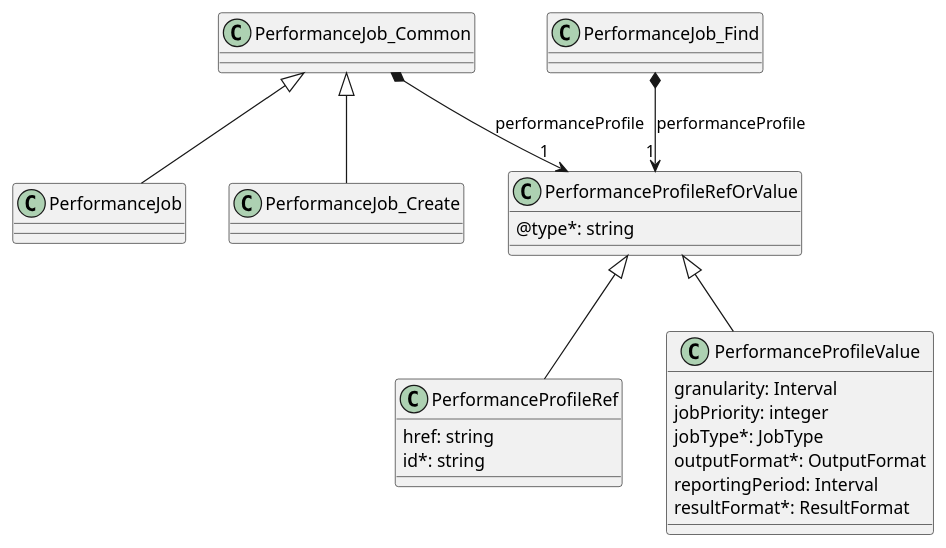
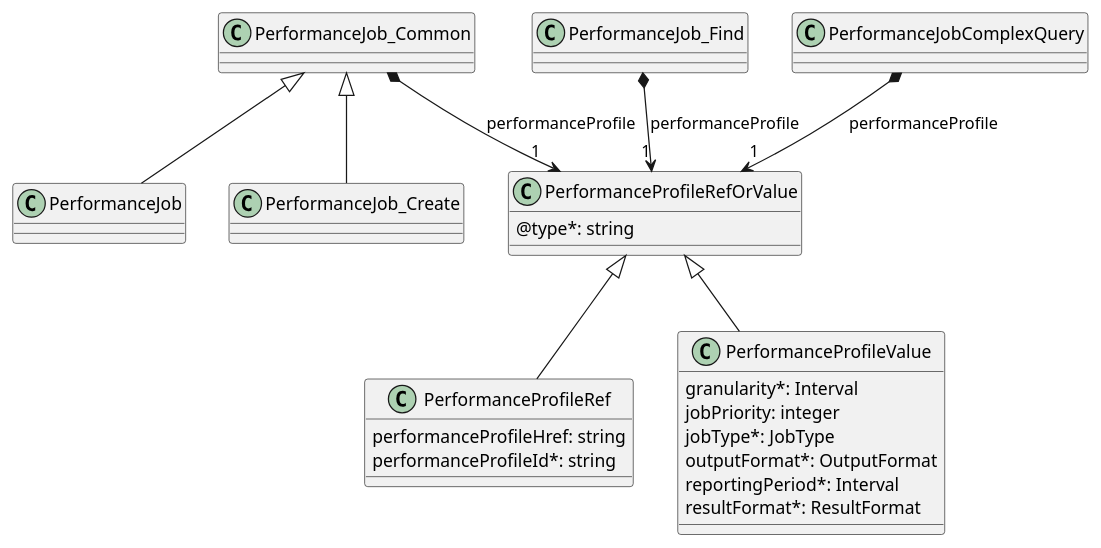
Before and after one commit to MEF-GIT/MEF-LSO-Interlude-SDK: the diagram in documentation/serviceApi/pm/performance/media/src/performanceProfileRefOrValue.puml, drawn with PlantUML. The commit also changed 122 other files, not shown here.

```diff
--- a/documentation/serviceApi/pm/performance/media/src/performanceProfileRefOrValue.puml
+++ b/documentation/serviceApi/pm/performance/media/src/performanceProfileRefOrValue.puml
@@ -1,48 +1,51 @@
 @startuml performanceProfileRefOrValue
 
 
 
 class PerformanceProfileRefOrValue {
 
     @type*: string
 }
 
 
 
 class PerformanceProfileRef {
 
-    href: string
-    id*: string
+    performanceProfileHref: string
+    performanceProfileId*: string
 }
 PerformanceProfileRefOrValue <|-- PerformanceProfileRef
 
 
 
 class PerformanceProfileValue {
 
-    granularity: Interval
+    granularity*: Interval
     jobPriority: integer
     jobType*: JobType
     outputFormat*: OutputFormat
-    reportingPeriod: Interval
+    reportingPeriod*: Interval
     resultFormat*: ResultFormat
 }
 
 PerformanceProfileRefOrValue <|-- PerformanceProfileValue
 
 class PerformanceJob {}
 
 class PerformanceJob_Common {}
 
 class PerformanceJob_Find {}
 
 class PerformanceJob_Create {}
 PerformanceJob_Common <|-- PerformanceJob_Create
 
 PerformanceJob_Common <|-- PerformanceJob
 
 PerformanceJob_Common *-->"1" PerformanceProfileRefOrValue : performanceProfile
 
 PerformanceJob_Find *-->"1" PerformanceProfileRefOrValue : performanceProfile
 
+class PerformanceJobComplexQuery {}
+PerformanceJobComplexQuery *-->"1" PerformanceProfileRefOrValue : performanceProfile
+
 @enduml
```
